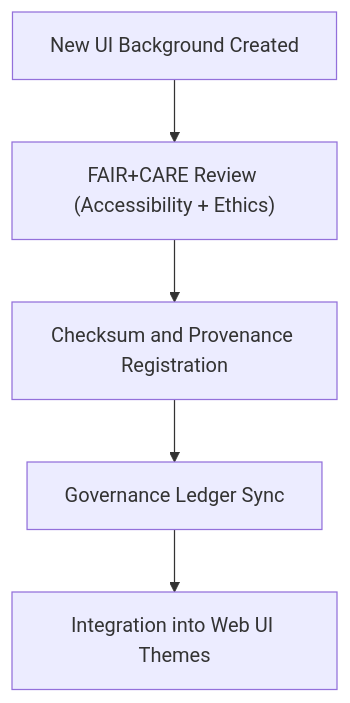
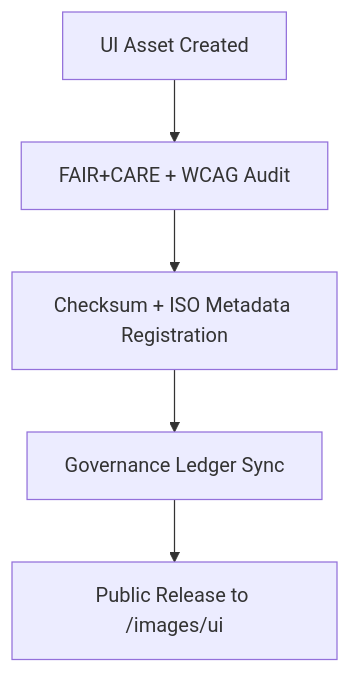
The diagram in web/public/images/ui/backgrounds/README.md (bartytime4life/Kansas-Frontier-Matrix), drawn with Mermaid before and after one commit. The commit also changed other lines of this file, not shown here.

````diff
--- a/web/public/images/ui/backgrounds/README.md
+++ b/web/public/images/ui/backgrounds/README.md
@@ -65,7 +59,7 @@
 ```mermaid
 flowchart TD
-    A["New UI Background Created"] --> B["FAIR+CARE Review (Accessibility + Ethics)"]
-    B --> C["Checksum and Provenance Registration"]
-    C --> D["Governance Ledger Sync"]
-    D --> E["Integration into Web UI Themes"]
+A["UI Asset Created"] --> B["FAIR+CARE + WCAG Audit"]
+B --> C["Checksum + ISO Metadata Registration"]
+C --> D["Governance Ledger Sync"]
+D --> E["Public Release to /images/ui"]
 ```
````
